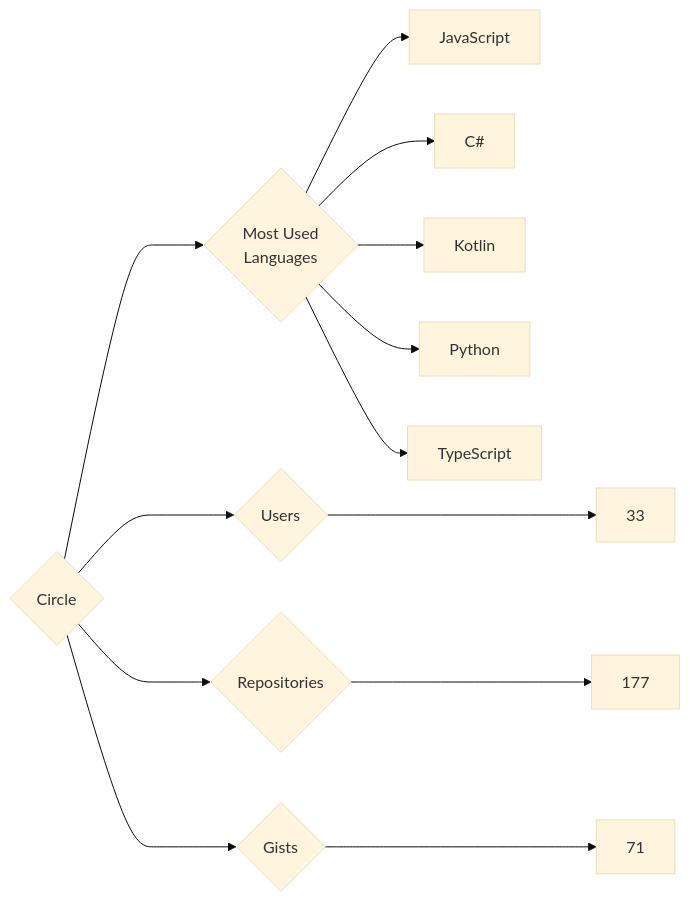
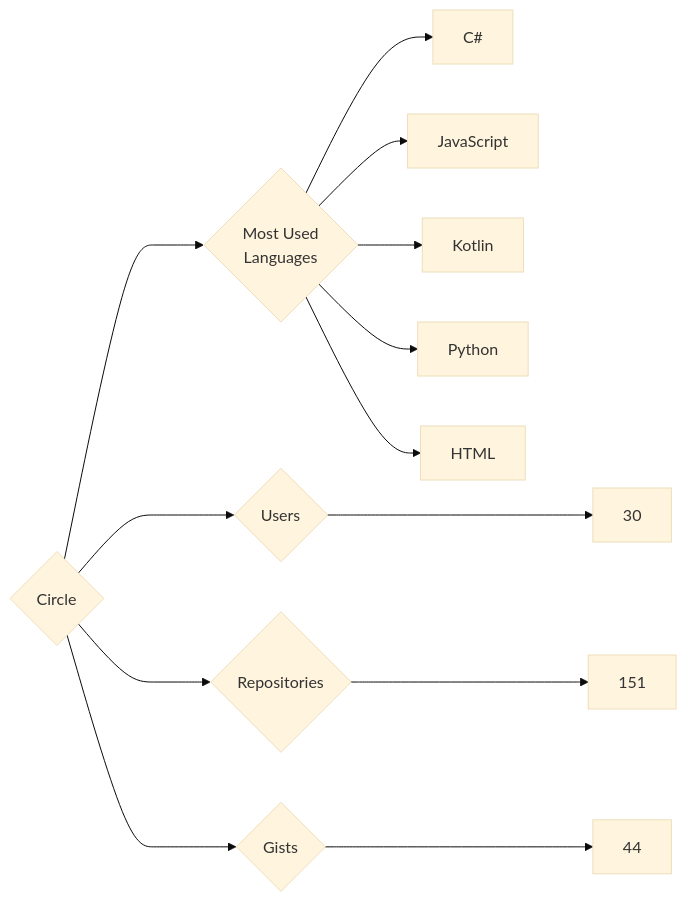
One commit to trickest/insiders changed the diagram in targets/Circle/README.md. Above: the diagram before and after it, drawn with Mermaid (base theme). The commit also changed 900 other files, not shown here.

````diff
--- a/targets/Circle/README.md
+++ b/targets/Circle/README.md
@@ -3,13 +3,13 @@
 ```mermaid
 graph LR
 COMPANY_NAME{Circle}
-COMPANY_NAME ---> U{Users} ---> UN[33]
-COMPANY_NAME ---> R{Repositories} ---> RN[177]
-COMPANY_NAME ---> G{Gists} ---> GN[71]
+COMPANY_NAME ---> U{Users} ---> UN[30]
+COMPANY_NAME ---> R{Repositories} ---> RN[151]
+COMPANY_NAME ---> G{Gists} ---> GN[44]
 COMPANY_NAME ---> ML{Most Used<br>Languages}
+ML --> C#[C#]
 ML --> JavaScript[JavaScript]
-ML --> C#[C#]
 ML --> Kotlin[Kotlin]
 ML --> Python[Python]
-ML --> TypeScript[TypeScript]
+ML --> HTML[HTML]
 ```
````
